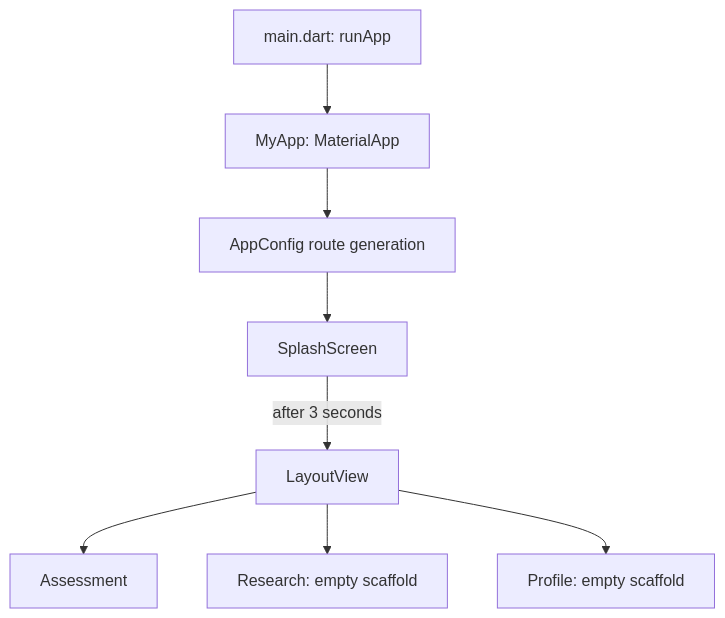
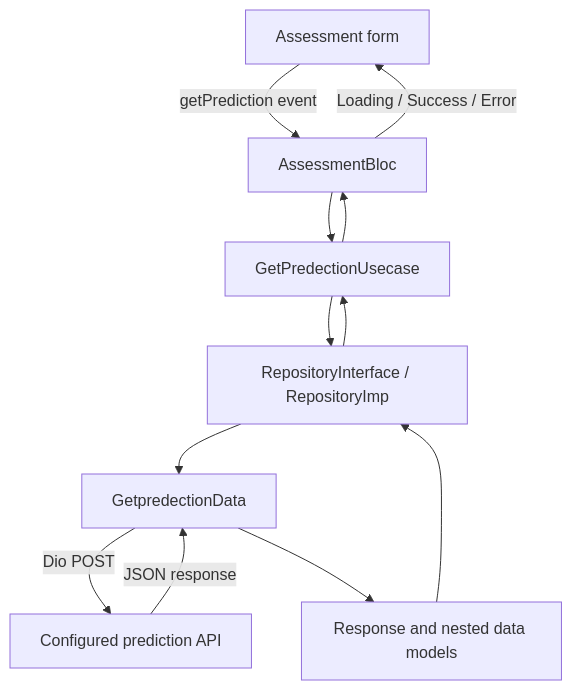
Before and after one commit to youssefmo589-tech/FedHealthApp-GraduationProject-: the diagram in README.md, drawn with Mermaid. The commit also changed other lines of this file and 16 other files, not shown here.

````diff
--- a/README.md
+++ b/README.md
@@ -39,10 +36,12 @@
 ```mermaid
 flowchart TD
-    A[main.dart: runApp] --> B[MyApp: MaterialApp]
-    B --> C[AppConfig route generation]
-    C --> D[SplashScreen]
-    D -->|after 3 seconds| E[LayoutView]
-    E --> F[Assessment]
-    E --> G[Research: empty scaffold]
-    E --> H[Profile: empty scaffold]
+    UI[Assessment form] -->|getPrediction event| B[AssessmentBloc]
+    B --> U[GetPredectionUsecase]
+    U --> R[RepositoryInterface / RepositoryImp]
+    R --> D[GetpredectionData]
+    D -->|Dio POST| API[Configured prediction API]
+    API -->|JSON response| D
+    D --> M[Response and nested data models]
+    M --> R --> U --> B
+    B -->|Loading / Success / Error| UI
 ```
````
